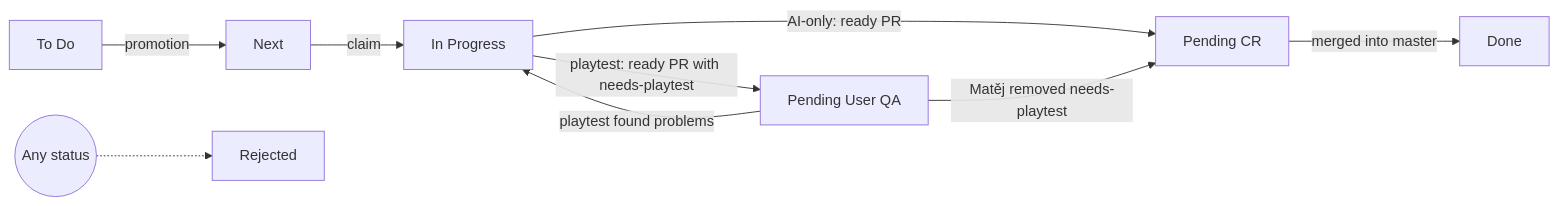
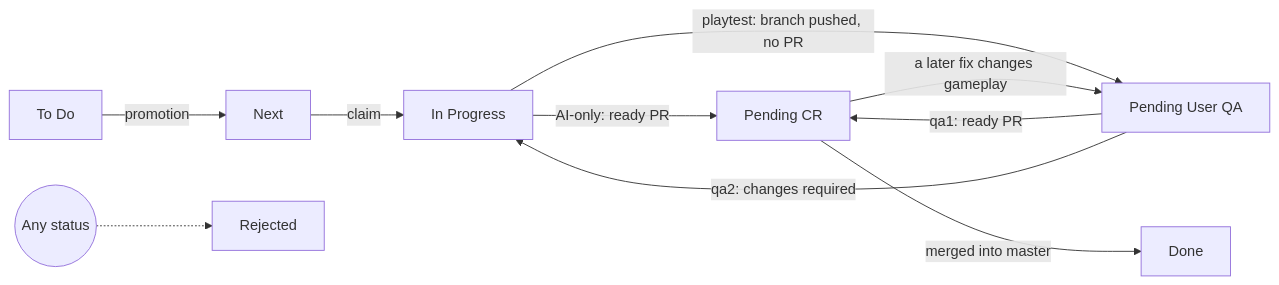
One commit to matejkadlec/realmforge changed the diagram in docs/ai-development-flow.md. Above: the diagram before and after it, drawn with Mermaid. The commit also changed other lines of this file, not shown here.

````diff
--- a/docs/ai-development-flow.md
+++ b/docs/ai-development-flow.md
@@ -135,11 +137,12 @@
 ```mermaid
 flowchart LR
     todo["To Do"] -->|promotion| next["Next"]
     next -->|claim| inProgress["In Progress"]
     inProgress -->|"AI-only: ready PR"| pendingCr["Pending CR"]
-    inProgress -->|"playtest: ready PR with needs-playtest"| pendingUserQa["Pending User QA"]
-    pendingUserQa -->|"Matěj removed needs-playtest"| pendingCr
-    pendingUserQa -->|"playtest found problems"| inProgress
+    inProgress -->|"playtest: branch pushed, no PR"| pendingUserQa["Pending User QA"]
+    pendingUserQa -->|"qa1: ready PR"| pendingCr
+    pendingUserQa -->|"qa2: changes required"| inProgress
+    pendingCr -->|"a later fix changes gameplay"| pendingUserQa
     pendingCr -->|"merged into master"| done["Done"]
     anyRejected((Any status)) -.-> rejected["Rejected"]
 ```
````
